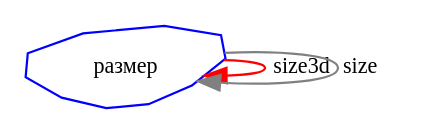
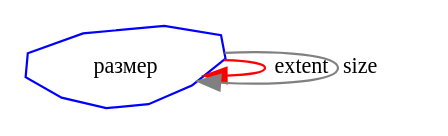
The diagram in battleground/include/world/kind/battleground/characteristic.gv (savdalion/battleground), drawn with Graphviz before and after one commit. The commit also changed 20 other files, not shown here.

```diff
--- a/battleground/include/world/kind/battleground/characteristic.gv
+++ b/battleground/include/world/kind/battleground/characteristic.gv
@@ -1,44 +1,44 @@
 // @see Прим. к warrior/characteristic.gv.
 
 
 // Характеристика поля битвы.
 
 digraph Characteristic {
 
 
 color = "lightgrey";
 concentrate = true;
 clusterrank = "global";
 edge [ fontsize = 10 ];
 
 
 subgraph clusterType {
 
     node [ shape = "polygon", sides = 10, distortion = "0.6", orientation = 10, skew = "0.3", color = "blue", fontsize = 10 ];
     edge [ color = "red" ];
 
 
-    "размер" -> "размер" [ label = "size3d" ];
+    "размер" -> "размер" [ label = "extent" ];
 
 } // subgraph clusterType
 
 
 
 
 
 
 
 
 // Внутренние названия характеристик элемента.
 subgraph clusterInnerName {
 
     edge [ color = "gray" ];
 
 
     // перечисляем все характеристики этого элемента
     "размер" -> "размер" [ label = "size" ];
 
 } // subgraph clusterInnerName
 
 
 } // digraph Characteristic
```
